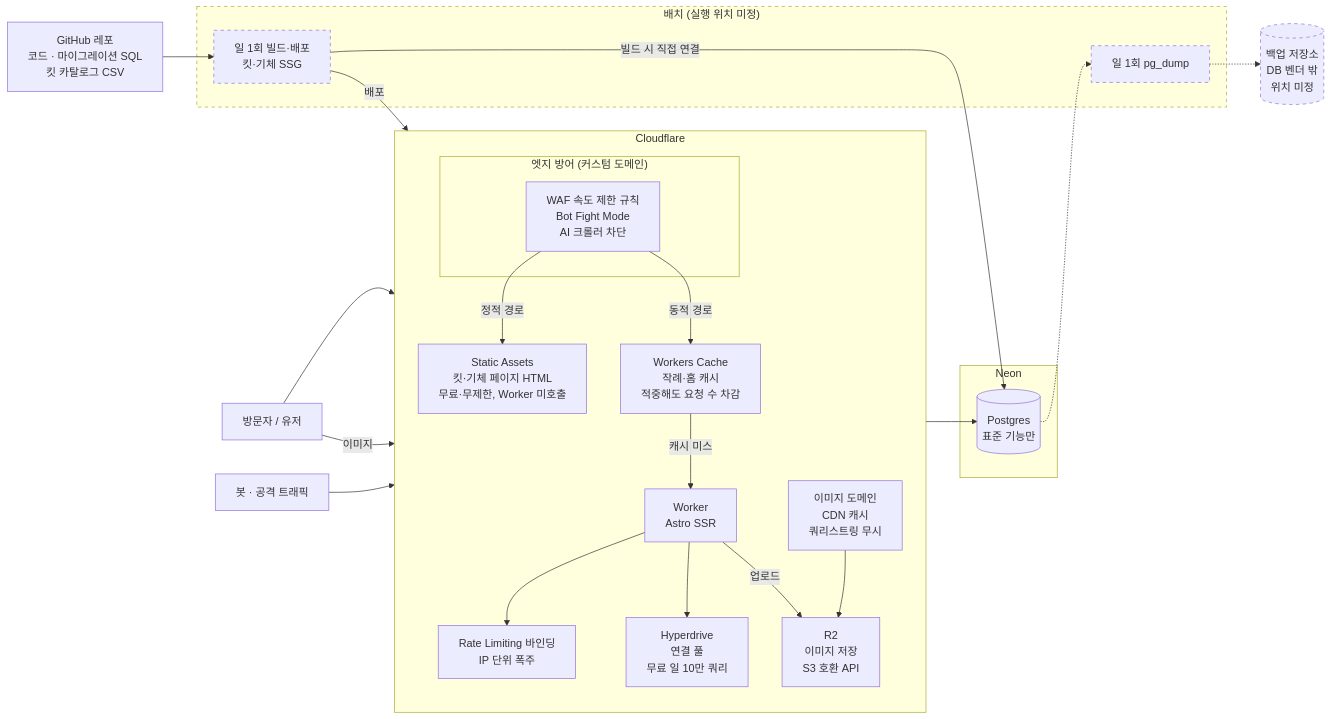
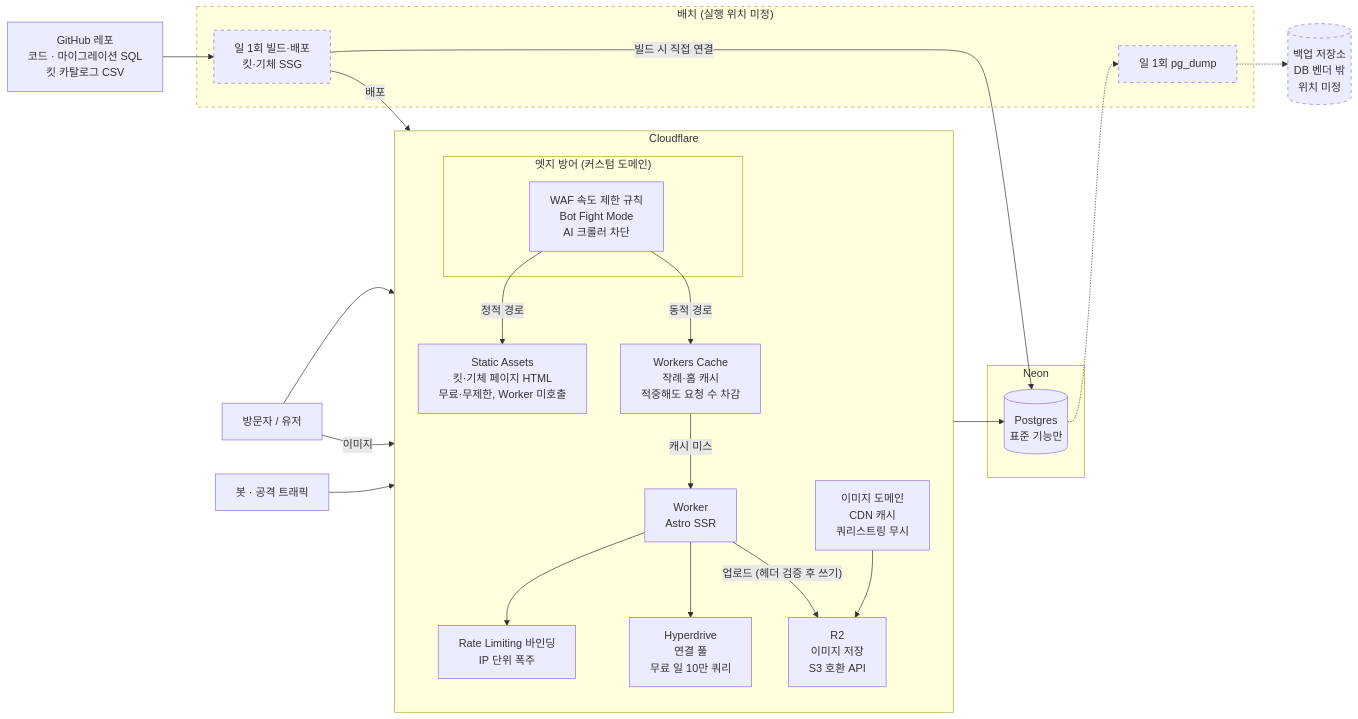
One commit to evanyun93/G-MOIM changed the first of 7 diagrams in docs/architecture/아키텍처_v1_2026-09-13.md. Above: the diagram before and after it, drawn with Mermaid. The commit also changed other lines of this file and 4 other files, not shown here.

````diff
--- a/docs/architecture/아키텍처_v1_2026-09-13.md
+++ b/docs/architecture/아키텍처_v1_2026-09-13.md
@@ -25,49 +25,49 @@
 ```mermaid
 flowchart LR
     U["방문자 / 유저"]
     BOT["봇 · 공격 트래픽"]
 
     subgraph CF["Cloudflare"]
         direction TB
         subgraph EDGE["엣지 방어 (커스텀 도메인)"]
             WAF["WAF 속도 제한 규칙<br/>Bot Fight Mode<br/>AI 크롤러 차단"]
         end
         SA["Static Assets<br/>킷·기체 페이지 HTML<br/>무료·무제한, Worker 미호출"]
         WC["Workers Cache<br/>작례·홈 캐시<br/>적중해도 요청 수 차감"]
         W["Worker<br/>Astro SSR"]
         RL["Rate Limiting 바인딩<br/>IP 단위 폭주"]
         HD["Hyperdrive<br/>연결 풀<br/>무료 일 10만 쿼리"]
         R2["R2<br/>이미지 저장<br/>S3 호환 API"]
         IMG["이미지 도메인<br/>CDN 캐시<br/>쿼리스트링 무시"]
     end
 
     subgraph NEON["Neon"]
         PG[("Postgres<br/>표준 기능만")]
     end
 
     subgraph CI["배치 (실행 위치 미정)"]
         BUILD["일 1회 빌드·배포<br/>킷·기체 SSG"]
         DUMP["일 1회 pg_dump"]
     end
 
     BK[("백업 저장소<br/>DB 벤더 밖<br/>위치 미정")]
     REPO["GitHub 레포<br/>코드 · 마이그레이션 SQL<br/>킷 카탈로그 CSV"]
 
     U --> WAF
     BOT --> WAF
     WAF -->|정적 경로| SA
     WAF -->|동적 경로| WC
     WC -->|캐시 미스| W
     W --> RL
     W --> HD --> PG
-    W -->|업로드| R2
+    W -->|"업로드 (헤더 검증 후 쓰기)"| R2
     U -->|이미지| IMG --> R2
 
     REPO --> BUILD
     BUILD -->|빌드 시 직접 연결| PG
     BUILD -->|배포| SA
     PG -.-> DUMP -.-> BK
 
     classDef undecided stroke-dasharray: 5 5
     class CI,BUILD,DUMP,BK undecided
 ```
````
